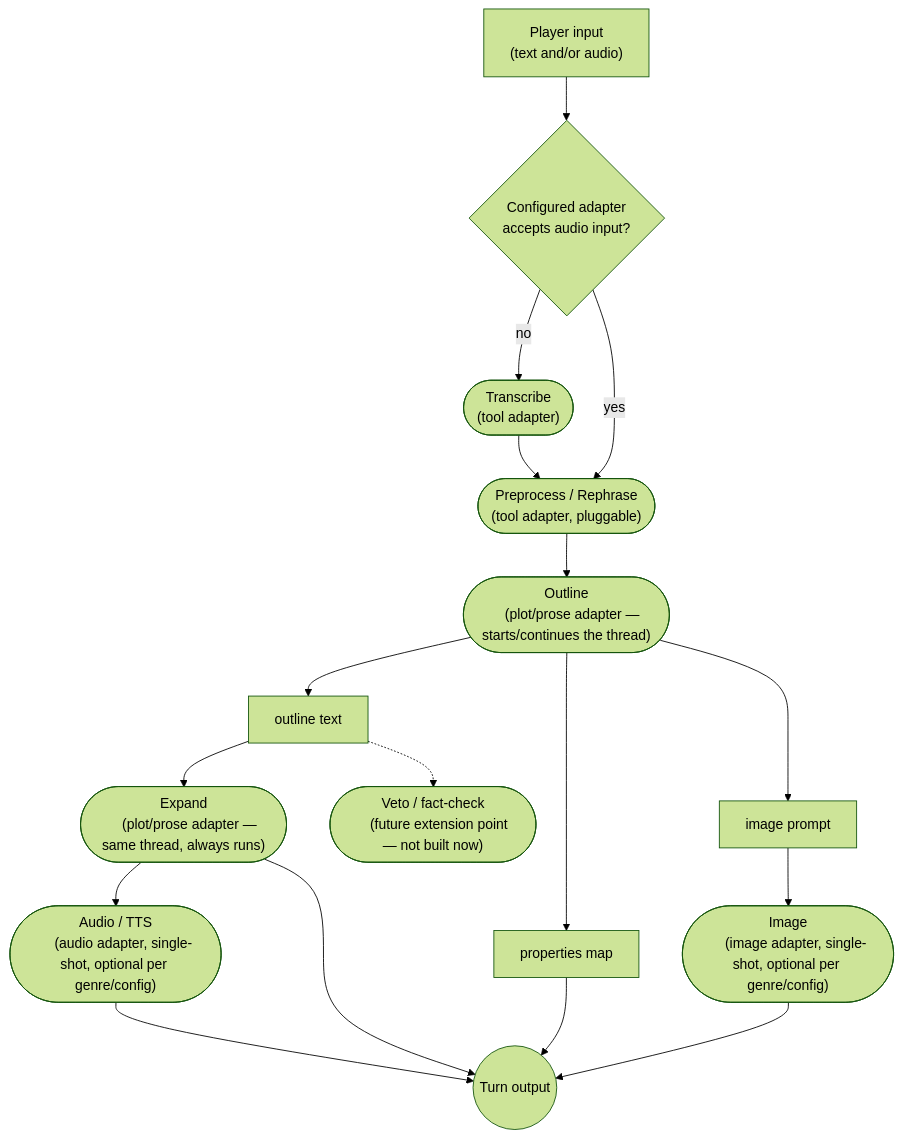
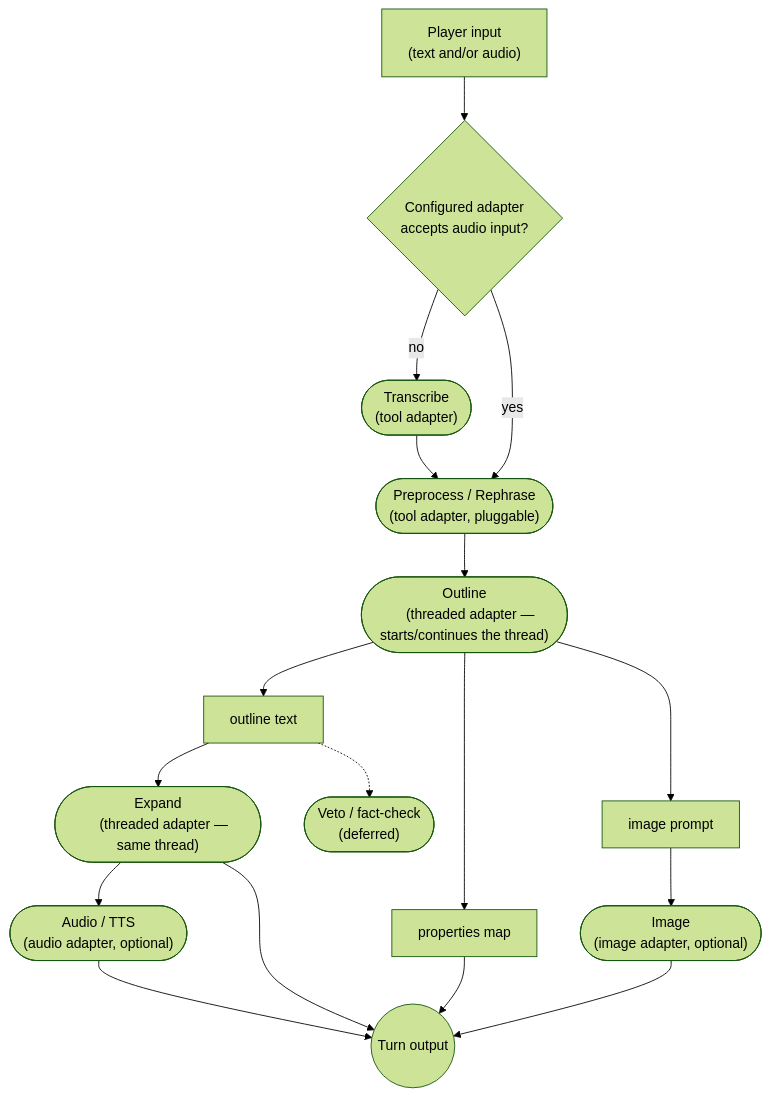
The diagram in engine/ENGINE.md (flocko-motion/chatgamelab), drawn with Mermaid (forest theme) before and after one commit. The commit also changed other lines of this file and 1 other file, not shown here.

````diff
--- a/engine/ENGINE.md
+++ b/engine/ENGINE.md
@@ -205,47 +64,47 @@
 ```mermaid
 graph TB
     INPUT["Player input
     (text and/or audio)"]
     CAP{"Configured adapter
     accepts audio input?"}
     TRANSCRIBE(["Transcribe
     (tool adapter)"])
     PREPROCESS(["Preprocess / Rephrase
     (tool adapter, pluggable)"])
 
     INPUT --> CAP
     CAP -- no --> TRANSCRIBE --> PREPROCESS
     CAP -- yes --> PREPROCESS
 
     OUTLINE(["Outline
-    (plot/prose adapter — starts/continues the thread)"])
+    (threaded adapter — starts/continues the thread)"])
     PREPROCESS --> OUTLINE
 
     OUTTEXT["outline text"]
     PROPS["properties map"]
     IMGPROMPT["image prompt"]
     OUTLINE --> OUTTEXT
     OUTLINE --> PROPS
     OUTLINE --> IMGPROMPT
 
     EXPAND(["Expand
-    (plot/prose adapter — same thread, always runs)"])
+    (threaded adapter — same thread)"])
     IMAGE(["Image
-    (image adapter, single-shot, optional per genre/config)"])
+    (image adapter, optional)"])
     VETO(["Veto / fact-check
-    (future extension point — not built now)"])
+    (deferred)"])
 
     OUTTEXT --> EXPAND
     IMGPROMPT --> IMAGE
     OUTTEXT -.-> VETO
 
     AUDIO(["Audio / TTS
-    (audio adapter, single-shot, optional per genre/config)"])
+    (audio adapter, optional)"])
     EXPAND --> AUDIO
 
     OUT(("Turn output"))
     EXPAND --> OUT
     IMAGE --> OUT
     AUDIO --> OUT
     PROPS --> OUT
 ```
````
